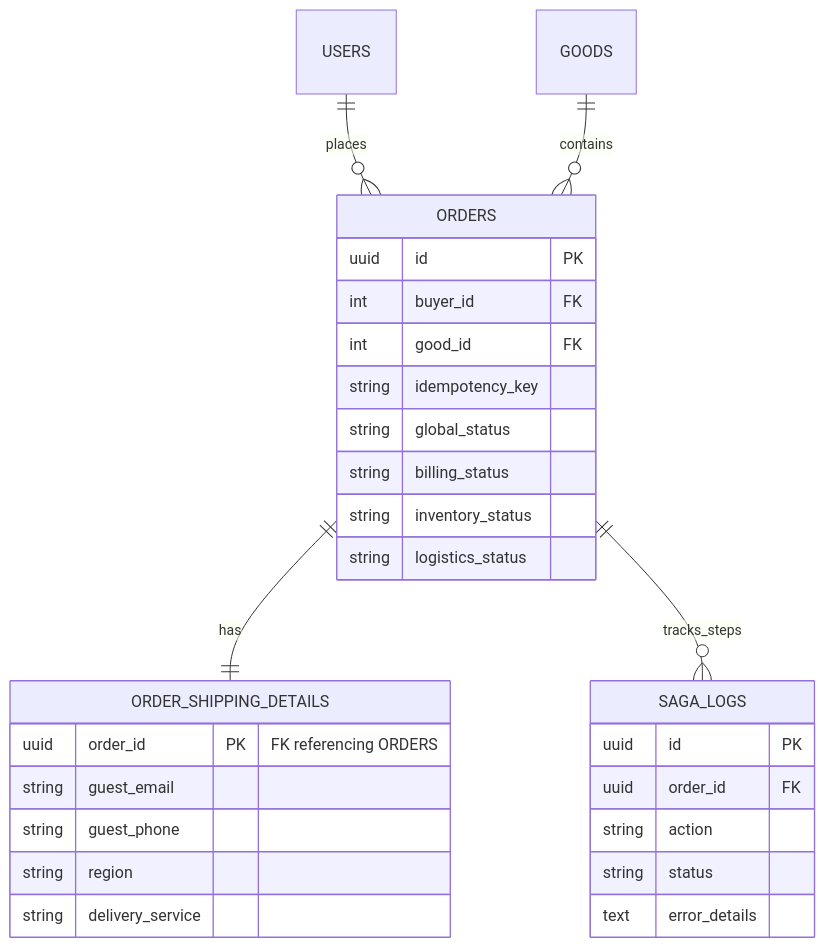
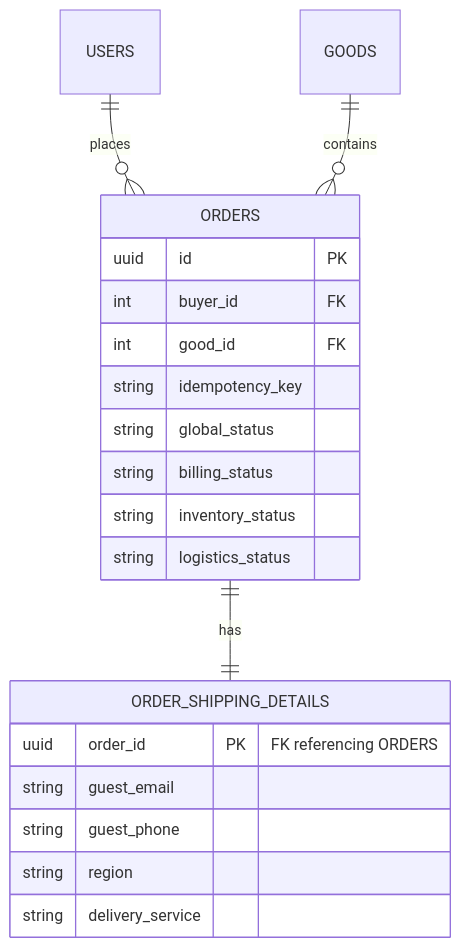
Before and after one commit to DarcRosya/saga-orchestrator-pattern: the diagram in docs/DATABASE.md, drawn with Mermaid. The commit also changed other lines of this file and 6 other files, not shown here.

````diff
--- a/docs/DATABASE.md
+++ b/docs/DATABASE.md
@@ -34,34 +28,25 @@
 ```mermaid
 erDiagram
     USERS ||--o{ ORDERS : places
     GOODS ||--o{ ORDERS : contains
     ORDERS ||--|| ORDER_SHIPPING_DETAILS : has
-    ORDERS ||--o{ SAGA_LOGS : tracks_steps
 
     ORDERS {
         uuid id PK
         int buyer_id FK
         int good_id FK
         string idempotency_key
         string global_status
         string billing_status
         string inventory_status
         string logistics_status
     }
 
     ORDER_SHIPPING_DETAILS {
         uuid order_id PK "FK referencing ORDERS"
         string guest_email
         string guest_phone
         string region
         string delivery_service
     }
-
-    SAGA_LOGS {
-        uuid id PK
-        uuid order_id FK
-        string action
-        string status
-        text error_details
-    }
 ```
````
